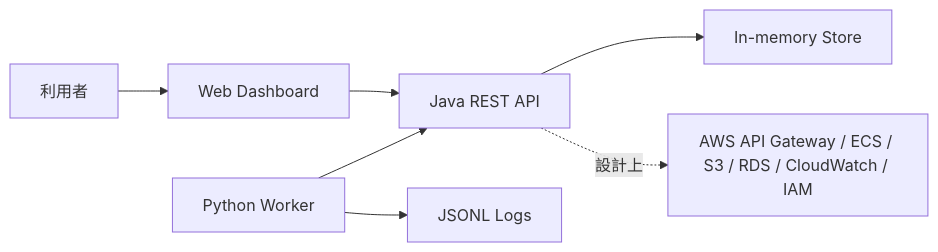
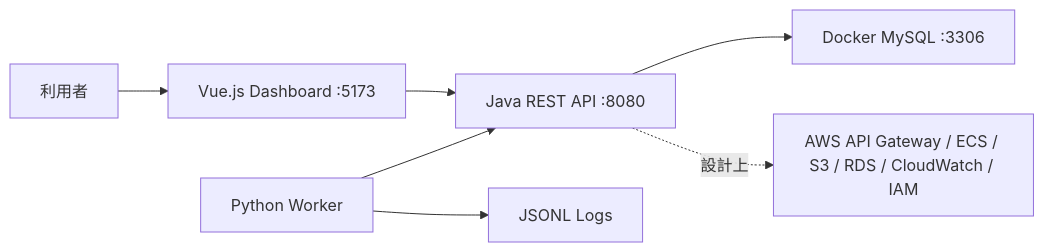
One commit to seki999/ES260523874-cloud-ops-portfolio changed the diagram in README.md. Above: the diagram before and after it, drawn with Mermaid. The commit also changed other lines of this file, not shown here.

````diff
--- a/README.md
+++ b/README.md
@@ -15,9 +15,9 @@
 ```mermaid
 flowchart LR
-  User["利用者"] --> Web["Web Dashboard"]
-  Web --> Java["Java REST API"]
+  User["利用者"] --> Web["Vue.js Dashboard :5173"]
+  Web --> Java["Java REST API :8080"]
   Worker["Python Worker"] --> Java
-  Java --> Store["In-memory Store"]
+  Java --> MySQL["Docker MySQL :3306"]
   Worker --> Log["JSONL Logs"]
   Java -.設計上.-> AWS["AWS API Gateway / ECS / S3 / RDS / CloudWatch / IAM"]
 ```
````
